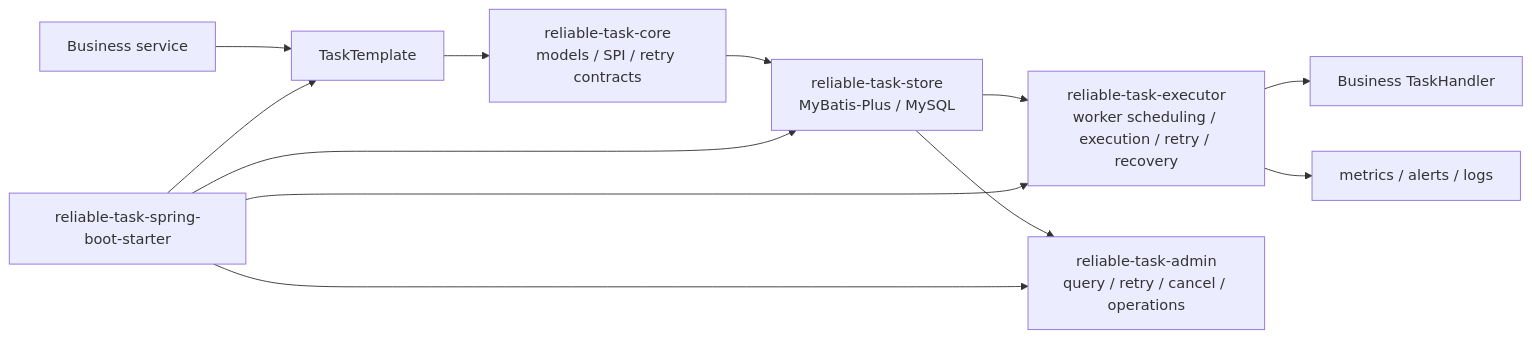
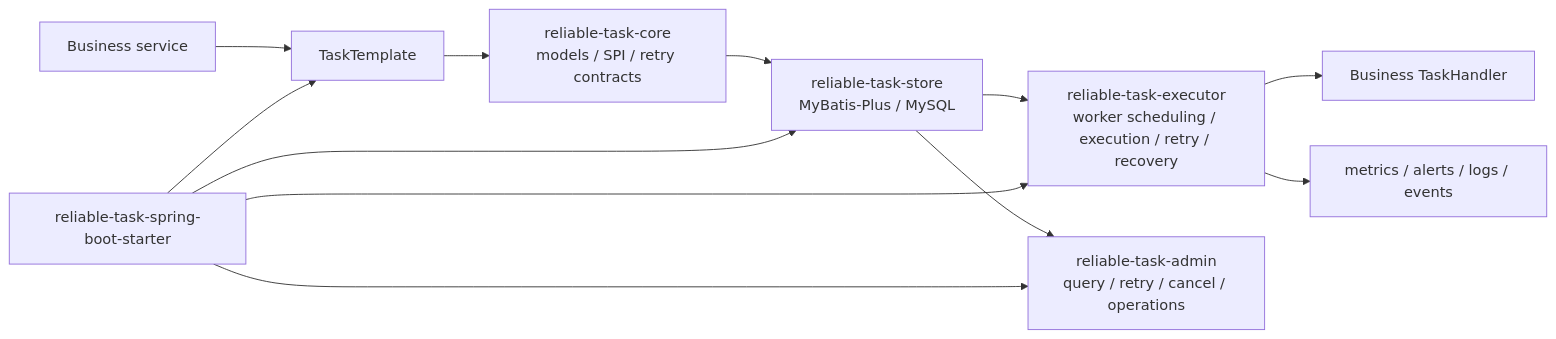
Before and after one commit to naruto863/reliable-task: the diagram in README.md, drawn with Mermaid. The commit also changed other lines of this file and 75 other files, not shown here.

````diff
--- a/README.md
+++ b/README.md
@@ -59,14 +63,14 @@
 ```mermaid
 flowchart LR
     A["Business service"] --> B["TaskTemplate"]
     B --> C["reliable-task-core<br/>models / SPI / retry contracts"]
     C --> D["reliable-task-store<br/>MyBatis-Plus / MySQL"]
     D --> E["reliable-task-executor<br/>worker scheduling / execution / retry / recovery"]
     E --> F["Business TaskHandler"]
-    E --> G["metrics / alerts / logs"]
+    E --> G["metrics / alerts / logs / events"]
     D --> H["reliable-task-admin<br/>query / retry / cancel / operations"]
     I["reliable-task-spring-boot-starter"] --> B
     I --> D
     I --> E
     I --> H
 ```
````
